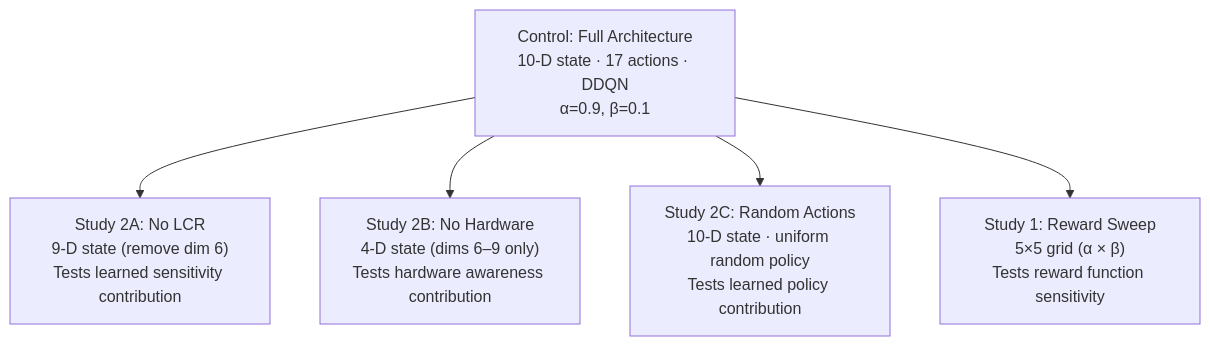
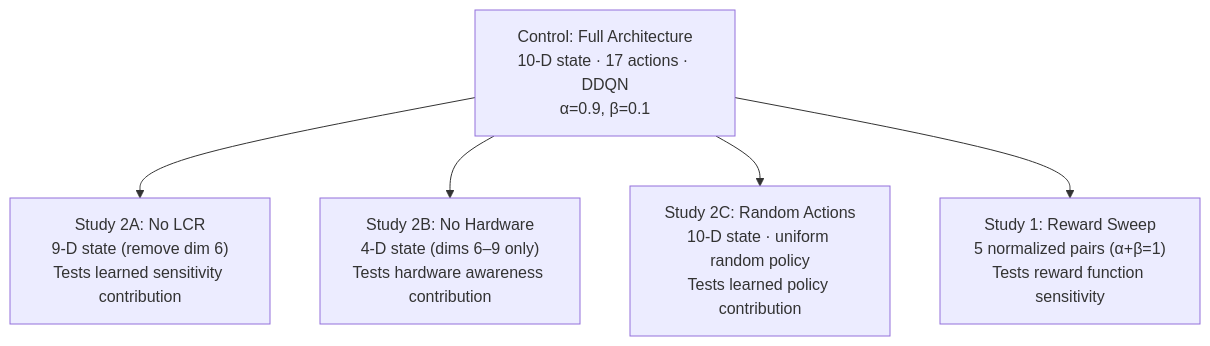
One commit to asief-iqbal/Thesis changed the eighth of 15 diagrams in README.md. Above: the diagram before and after it, drawn with Mermaid. The commit also changed other lines of this file and 1 other file, not shown here.

Commit message:
Update README: Study 1 from 5x5 grid to 5 normalized pairs (alpha+beta=1)

````diff
--- a/README.md
+++ b/README.md
@@ -570,7 +570,7 @@
 ```mermaid
 flowchart TD
     A["Control: Full Architecture<br/>10-D state · 17 actions · DDQN<br/>α=0.9, β=0.1"] --> B["Study 2A: No LCR<br/>9-D state (remove dim 6)<br/>Tests learned sensitivity contribution"]
     A --> C["Study 2B: No Hardware<br/>4-D state (dims 6–9 only)<br/>Tests hardware awareness contribution"]
     A --> D["Study 2C: Random Actions<br/>10-D state · uniform random policy<br/>Tests learned policy contribution"]
-    A --> E["Study 1: Reward Sweep<br/>5×5 grid (α × β)<br/>Tests reward function sensitivity"]
+    A --> E["Study 1: Reward Sweep<br/>5 normalized pairs (α+β=1)<br/>Tests reward function sensitivity"]
 ```
````
